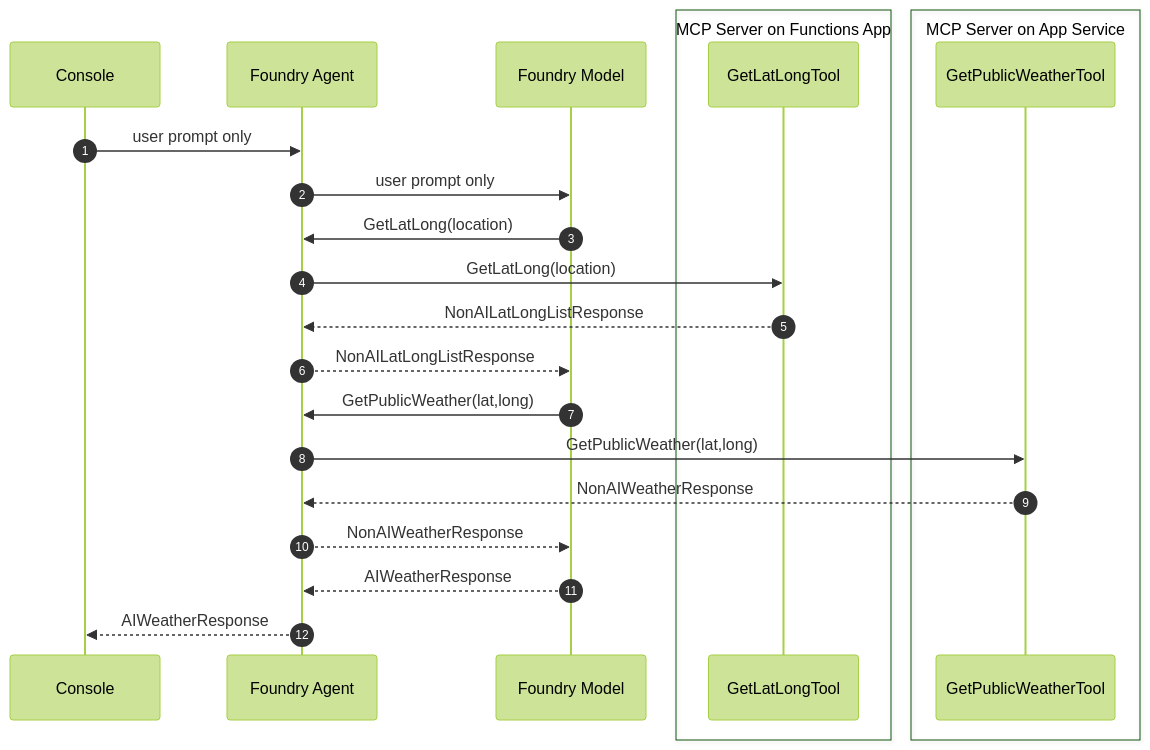
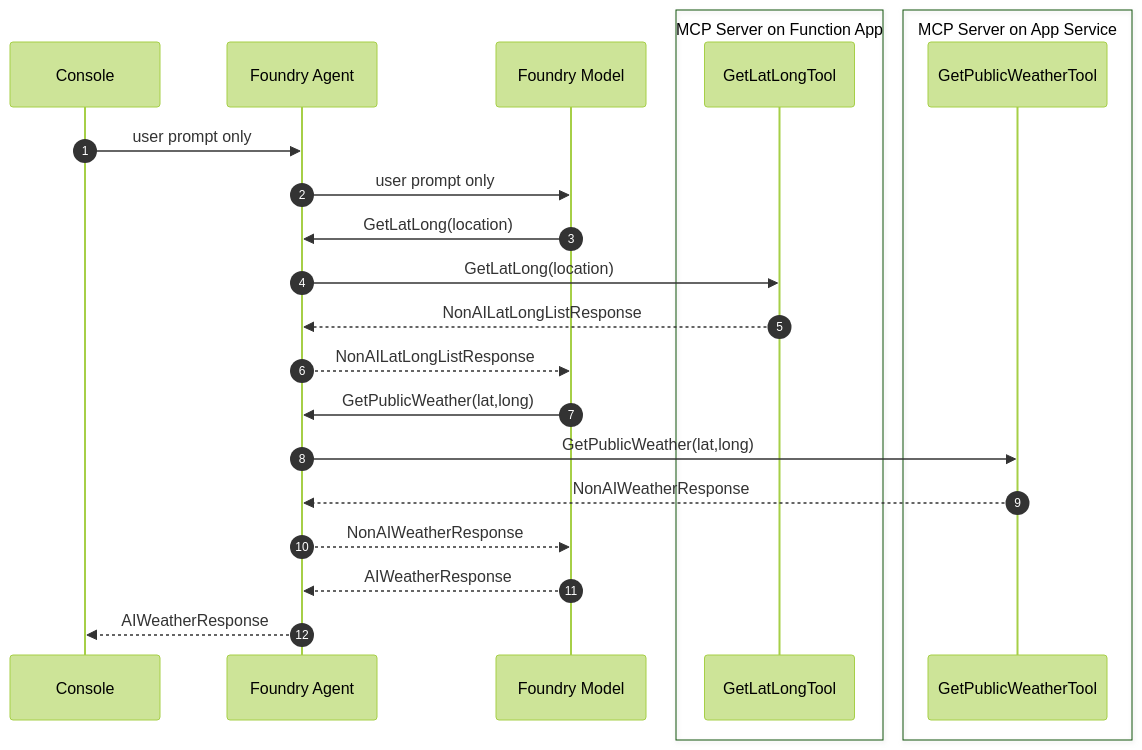
The eighth of 8 diagrams in docs/4-demystifying-foundry-agents-mcp/demystifying-foundry-agents-mcp.md (dustinkorzaan/weather-1116), drawn with Mermaid (forest theme) before and after one commit. The commit also changed other lines of this file and 55 other files, not shown here.

````diff
--- a/docs/4-demystifying-foundry-agents-mcp/demystifying-foundry-agents-mcp.md
+++ b/docs/4-demystifying-foundry-agents-mcp/demystifying-foundry-agents-mcp.md
@@ -218,26 +226,26 @@
   ```mermaid
   sequenceDiagram
       autonumber
       participant Console
       participant Agent as Foundry Agent
       participant Model as Foundry Model
-      box MCP Server on Functions App
+      box MCP Server on Function App
           participant GetLatLongTool
       end
       box MCP Server on App Service
           participant GetPublicWeatherTool
       end
 
       Console->>Agent: user prompt only
       Agent->>Model: user prompt only
       Model->>Agent: GetLatLong(location)
       Agent->>GetLatLongTool: GetLatLong(location)
       GetLatLongTool-->>Agent: NonAILatLongListResponse
       Agent-->>Model: NonAILatLongListResponse
       Model->>Agent: GetPublicWeather(lat,long)
       Agent->>GetPublicWeatherTool: GetPublicWeather(lat,long)
       GetPublicWeatherTool-->>Agent: NonAIWeatherResponse
       Agent-->>Model: NonAIWeatherResponse
       Model-->>Agent: AIWeatherResponse
       Agent-->>Console: AIWeatherResponse
   ```
````
